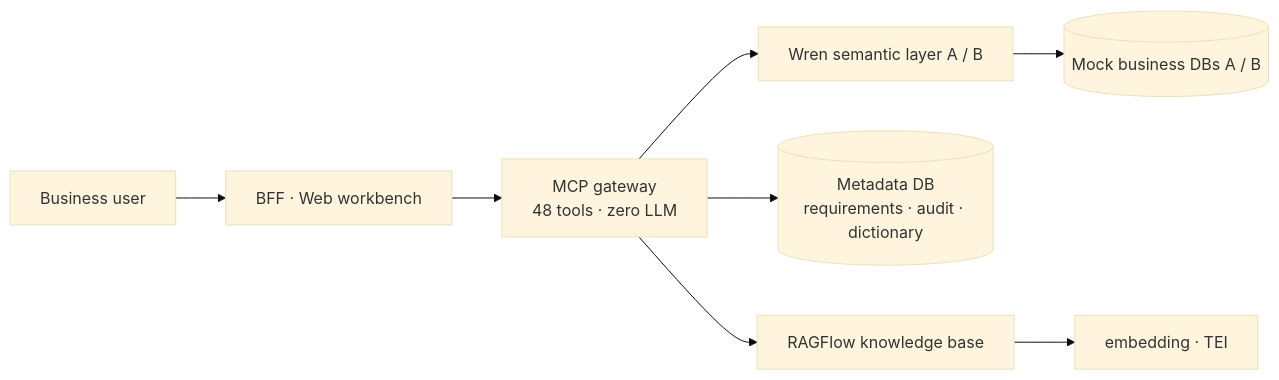
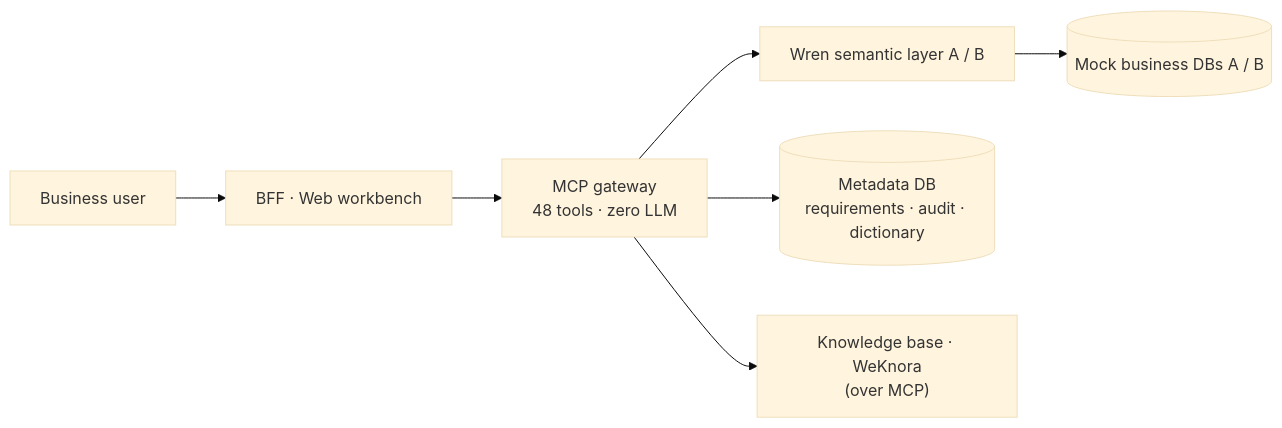
One commit to fyp1984/askoda changed the diagram in README.en.md. Above: the diagram before and after it, drawn with Mermaid (base theme). The commit also changed other lines of this file and 16 other files, not shown here.

First line of the commit message:
feat(knowledge): 知识底座默认切至 WeKnora MCP，RAGFlow 直连保留为回退

````diff
--- a/README.en.md
+++ b/README.en.md
@@ -171,10 +176,9 @@
 ```mermaid
 flowchart LR
     U["Business user"] --> BFF["BFF · Web workbench"]
     BFF --> GW["MCP gateway<br/>48 tools · zero LLM"]
     GW --> W["Wren semantic layer A / B"]
     W --> DB[("Mock business DBs A / B")]
     GW --> META[("Metadata DB<br/>requirements · audit · dictionary")]
-    GW --> RF["RAGFlow knowledge base"]
-    RF --> EMB["embedding · TEI"]
+    GW --> RF["Knowledge base · WeKnora<br/>(over MCP)"]
 ```
````
